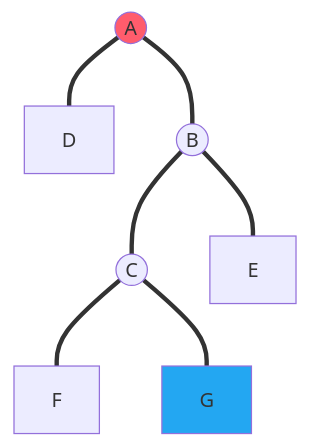
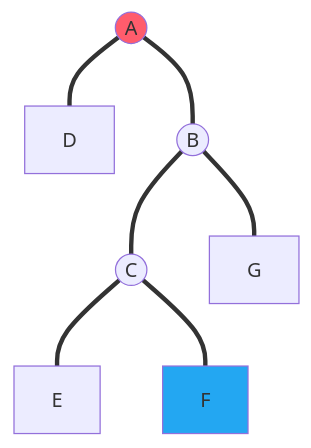
One commit to WintermelonC/WintermelonC_Docs changed diagram 14 of 25 in docs/zju/compulsory_courses/ADS/ch1.md. Above: the diagram before and after it, drawn with Mermaid. The commit also changed other lines of this file and 11 other files, not shown here.

````diff
--- a/docs/zju/compulsory_courses/ADS/ch1.md
+++ b/docs/zju/compulsory_courses/ADS/ch1.md
@@ -305,18 +305,18 @@
     ```mermaid
     graph TD;
     A((A))
     D[D]
     B((B))
     C((C))
     E[E]
     F[F]
     G[G]
     A === D
     A === B
     B === C
-    B === E
+    B === G
+    C === E
     C === F
-    C === G
     style A fill: #ff5c6c
-    style G fill: #23a7f2
+    style F fill: #23a7f2
     ```
````
